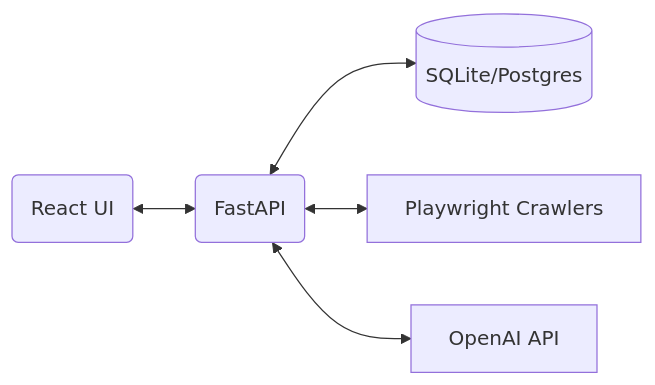
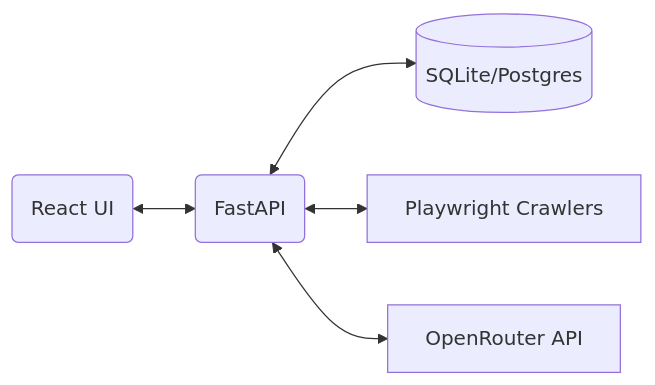
Before and after one commit to N0madx86/ai-agent-travel-planner: the diagram in README.md, drawn with Mermaid. The commit also changed other lines of this file and 1 other file, not shown here.

Commit message:
Fixed LLM config to rely on OpenRouter & Stepfun

````diff
--- a/README.md
+++ b/README.md
@@ -51,7 +51,7 @@
 ```mermaid
 graph LR
     Frontend(React UI) <--> Backend(FastAPI)
     Backend <--> DB[(SQLite/Postgres)]
     Backend <--> Scrapers[Playwright Crawlers]
-    Backend <--> AI[OpenAI API]
+    Backend <--> AI[OpenRouter API]
 ```
````
